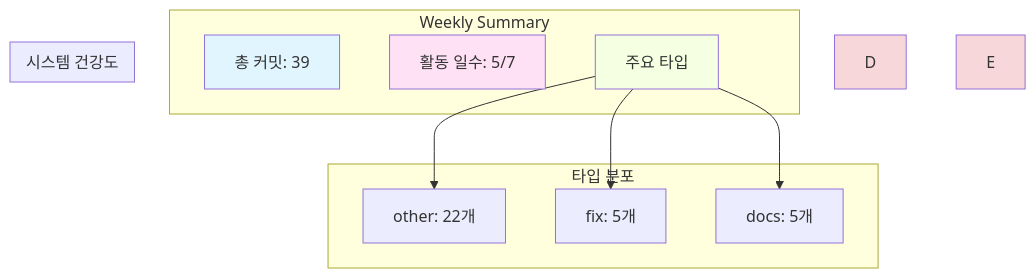
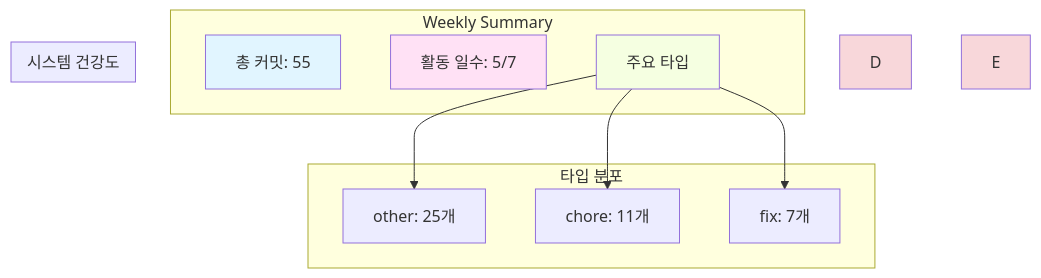
The diagram in Documents/DevLog/Weekly/2025-W45-Summary.md (doppleddiggong/YiSan), drawn with Mermaid before and after one commit. The commit also changed other lines of this file, not shown here.

````diff
--- a/Documents/DevLog/Weekly/2025-W45-Summary.md
+++ b/Documents/DevLog/Weekly/2025-W45-Summary.md
@@ -226,35 +241,35 @@
 ```mermaid
 graph TB
     subgraph "Weekly Summary"
-        A[총 커밋: 39]
+        A[총 커밋: 55]
         B[활동 일수: 5/7]
         C[주요 타입]
     end
 
     subgraph "타입 분포"
     
     
-        C --> OTHER[other: 22개]
+        C --> OTHER[other: 25개]
     
-        C --> FIX[fix: 5개]
+        C --> CHORE[chore: 11개]
     
-        C --> DOCS[docs: 5개]
+        C --> FIX[fix: 7개]
     
     
     end
 
     subgraph "시스템 건강도"
     
     
     end
 
     style A fill:#e1f5ff
     style B fill:#ffe1f5
     style C fill:#f5ffe1
     
     style D fill:#f8d7da
     
     
     style E fill:#f8d7da
     
 ```
````
